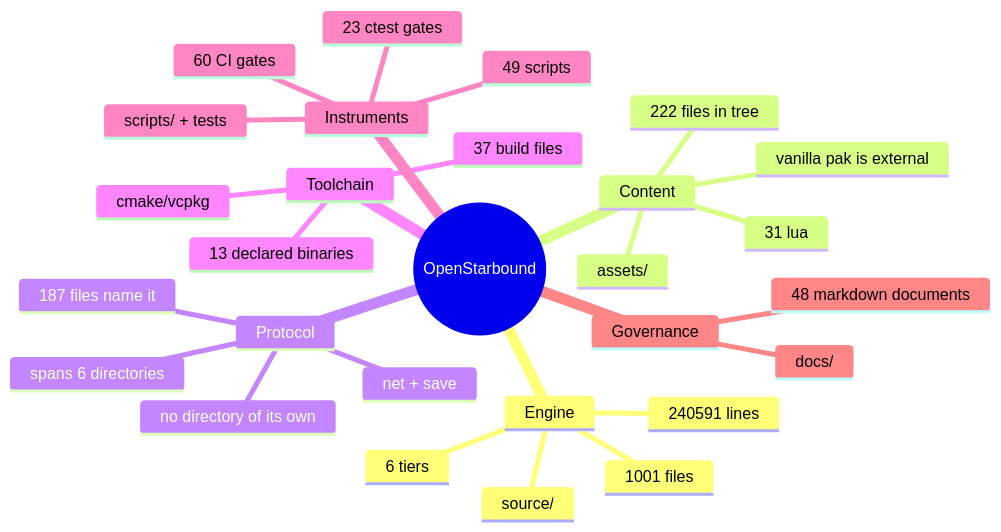
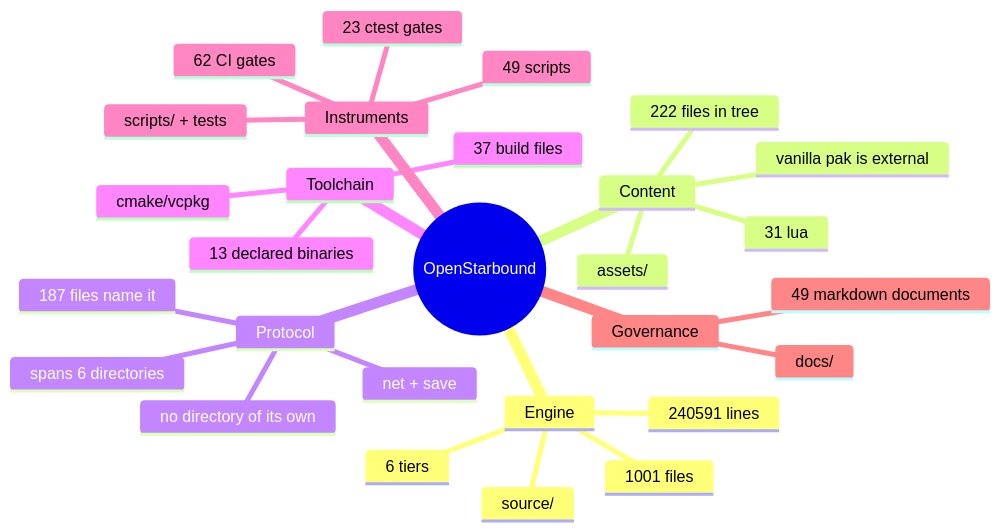
The second of 11 diagrams in docs/architecture/system-boundaries.md (apnex/OpenStarbound), drawn with Mermaid before and after one commit. The commit also changed 2 other files, not shown here.

````diff
--- a/docs/architecture/system-boundaries.md
+++ b/docs/architecture/system-boundaries.md
@@ -166,31 +166,31 @@
 ```mermaid
 mindmap
   root((OpenStarbound))
     Engine
       source/
       1001 files
       240591 lines
       6 tiers
     Content
       assets/
       222 files in tree
       31 lua
       vanilla pak is external
     Protocol
       net + save
       187 files name it
       spans 6 directories
       no directory of its own
     Toolchain
       cmake/vcpkg
       37 build files
       13 declared binaries
     Instruments
       scripts/ + tests
       49 scripts
       23 ctest gates
-      60 CI gates
+      62 CI gates
     Governance
       docs/
-      48 markdown documents
+      49 markdown documents
 ```
````
